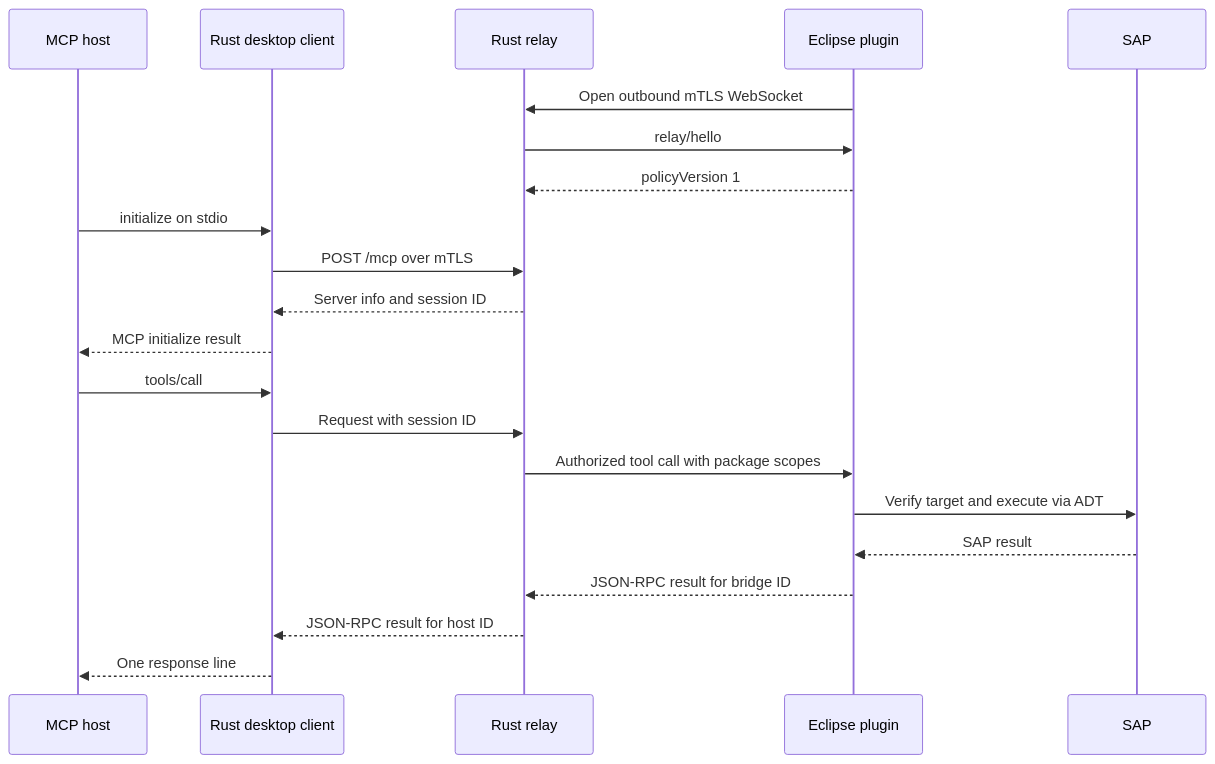
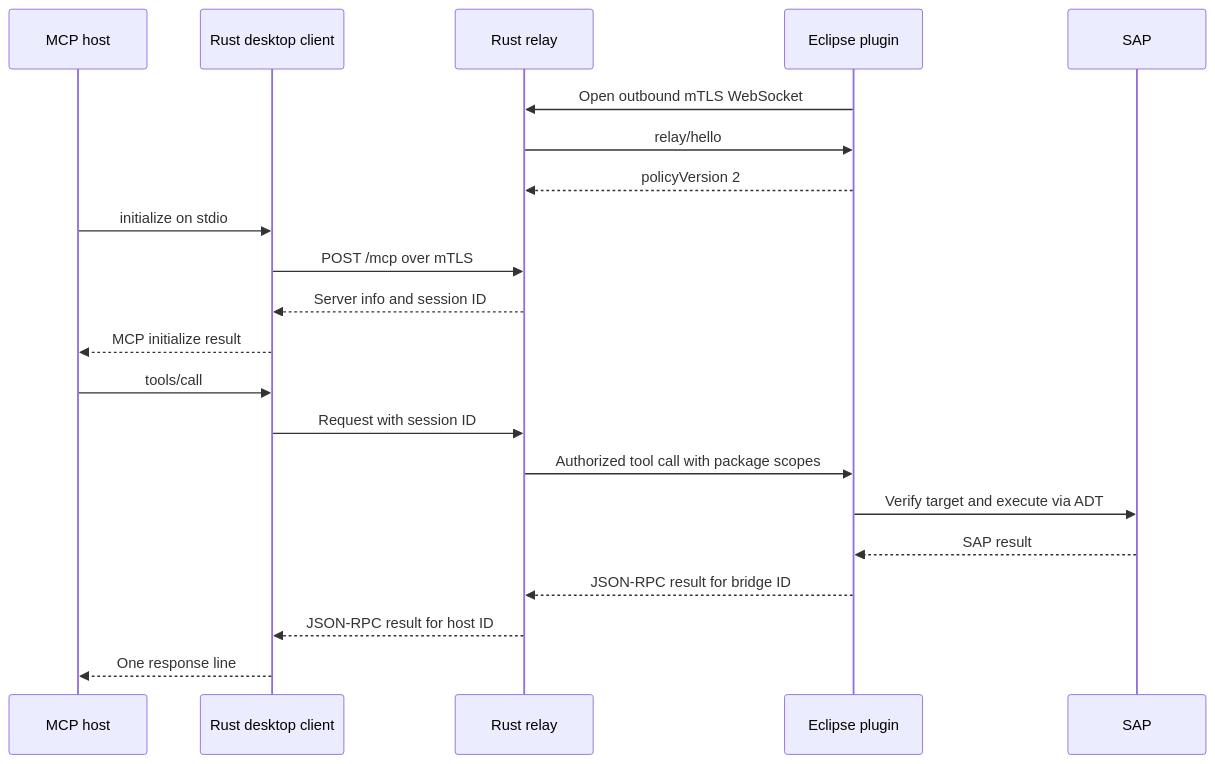
One commit to suitable-name/adt-mcp-plugin changed the diagram in docs/developer-guide.md. Above: the diagram before and after it, drawn with Mermaid. The commit also changed other lines of this file and 125 other files, not shown here.

````diff
--- a/docs/developer-guide.md
+++ b/docs/developer-guide.md
@@ -5,23 +5,23 @@
 ```mermaid
 sequenceDiagram
     participant H as MCP host
     participant C as Rust desktop client
     participant R as Rust relay
     participant E as Eclipse plugin
     participant S as SAP
     E->>R: Open outbound mTLS WebSocket
     R->>E: relay/hello
-    E-->>R: policyVersion 1
+    E-->>R: policyVersion 2
     H->>C: initialize on stdio
     C->>R: POST /mcp over mTLS
     R-->>C: Server info and session ID
     C-->>H: MCP initialize result
     H->>C: tools/call
     C->>R: Request with session ID
     R->>E: Authorized tool call with package scopes
     E->>S: Verify target and execute via ADT
     S-->>E: SAP result
     E-->>R: JSON-RPC result for bridge ID
     R-->>C: JSON-RPC result for host ID
     C-->>H: One response line
 ```
````
